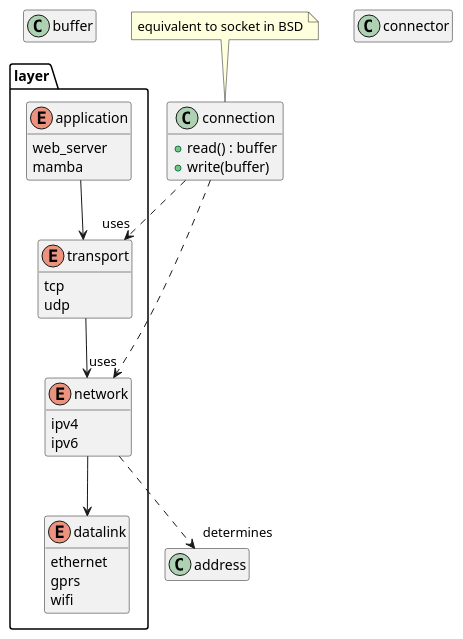
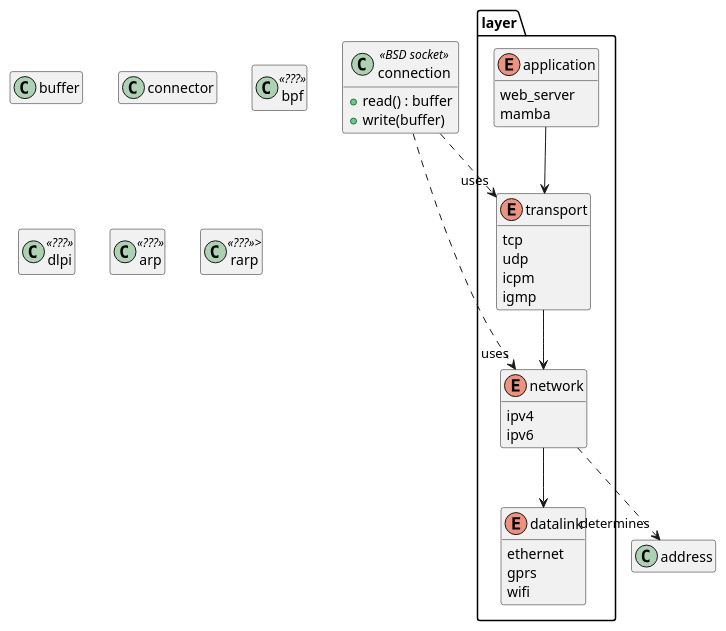
One commit to rodrigocanellas/tenacitas changed the diagram in code/remote/document/uml/unix_network_programming.plantuml. Above: the diagram before and after it, drawn with PlantUML. The commit also changed 1 other file, not shown here.

```diff
--- a/code/remote/document/uml/unix_network_programming.plantuml
+++ b/code/remote/document/uml/unix_network_programming.plantuml
@@ -1,40 +1,46 @@
 @startuml
 
 hide empty members
 
 package layer {
     enum datalink {
         ethernet
         gprs
         wifi
     }
     enum  network {
         ipv4
-        ipv6
+        ipv6        
     }
     enum transport {
         tcp
         udp
+        icpm
+        igmp
     }
     enum application {
         web_server
         mamba
     }
 
     application --> transport
     transport --> network
     network --> datalink
 }    
 class buffer
-class connection {
+class connection  <<BSD socket>> {
     + read() : buffer
     + write(buffer)
 }
-note top of connection : equivalent to socket in BSD 
 
 class connector
+
+class bpf <<???>>
+class dlpi <<???>>
+class arp <<???>>
+class rarp <<???>>>
 
 connection ..> "uses" transport
 network ..> "determines" address
 connection ..> "uses" network
 @enduml
```
